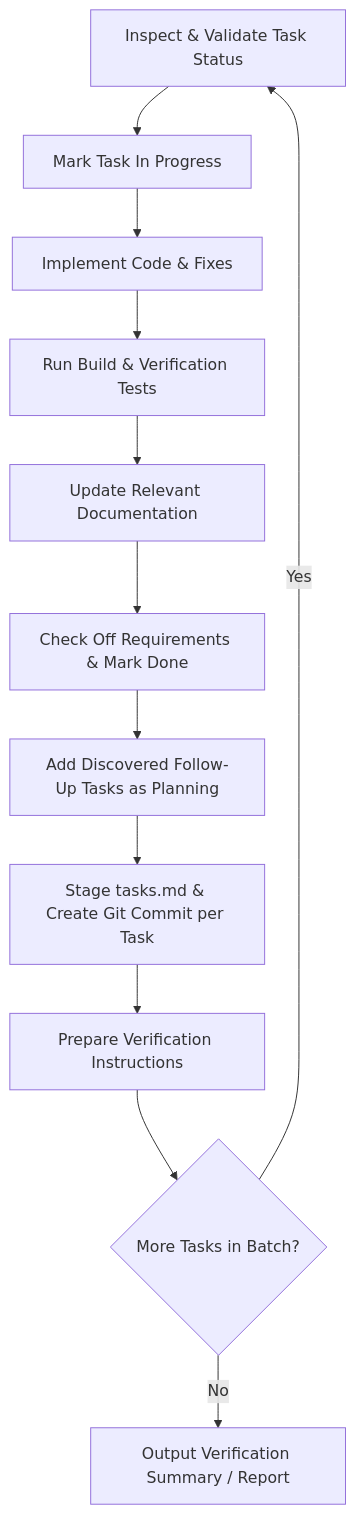
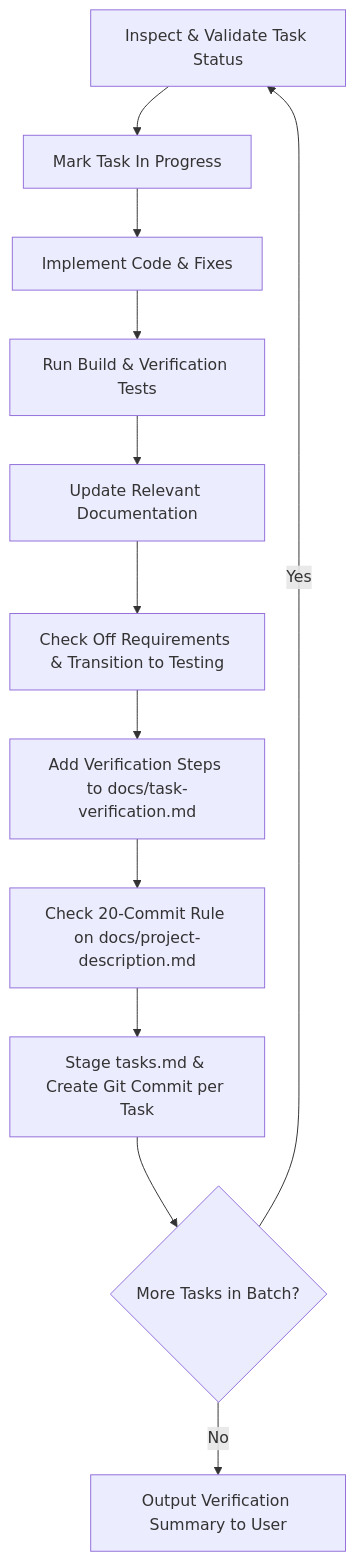
Before and after one commit to headhunter45/OldBearBattles: the diagram in .agents/skills/execute-tasks/SKILL.md, drawn with Mermaid. The commit also changed other lines of this file and 9 other files, not shown here.

````diff
--- a/.agents/skills/execute-tasks/SKILL.md
+++ b/.agents/skills/execute-tasks/SKILL.md
@@ -44,14 +45,14 @@
 ```mermaid
 graph TD
     A[Inspect & Validate Task Status] --> B[Mark Task In Progress]
     B --> C[Implement Code & Fixes]
     C --> D[Run Build & Verification Tests]
     D --> E[Update Relevant Documentation]
-    E --> F[Check Off Requirements & Mark Done]
-    F --> G[Add Discovered Follow-Up Tasks as Planning]
-    G --> H[Stage tasks.md & Create Git Commit per Task]
-    H --> I[Prepare Verification Instructions]
+    E --> F[Check Off Requirements & Transition to Testing]
+    F --> G[Add Verification Steps to docs/task-verification.md]
+    G --> H[Check 20-Commit Rule on docs/project-description.md]
+    H --> I[Stage tasks.md & Create Git Commit per Task]
     I --> J{More Tasks in Batch?}
     J -- Yes --> A
-    J -- No --> K[Output Verification Summary / Report]
+    J -- No --> K[Output Verification Summary to User]
 ```
````
